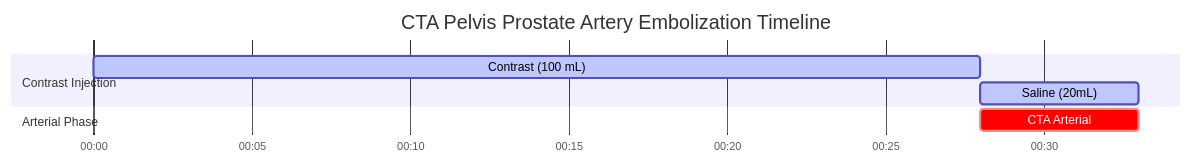
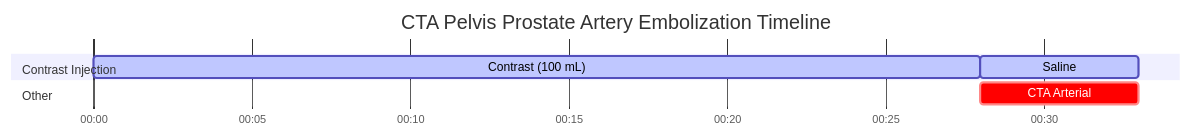
One commit to dfergs93/radiology-protocols changed the diagram in docs/ct/vascular/cta-pelvis-prostate-artery-embolization.md. Above: the diagram before and after it, drawn with Mermaid. The commit also changed other lines of this file and 101 other files, not shown here.

````diff
--- a/docs/ct/vascular/cta-pelvis-prostate-artery-embolization.md
+++ b/docs/ct/vascular/cta-pelvis-prostate-artery-embolization.md
@@ -82,16 +83,18 @@
   ```mermaid
   ---
+  displayMode: compact
   config:
     theme: default
+    themeCSS: " #Saline{ fill: #4ed5ff; stroke: #2094f3; } "
   ---
     gantt
       title CTA Pelvis Prostate Artery Embolization Timeline
       dateFormat mm:ss
       axisFormat %M:%S 
       
       section Contrast Injection
       Contrast (100 mL)    :active, contrast, 00:00, 28s
-      Saline (20mL)          :active, saline, after contrast, 5s
-      section Arterial Phase
+      Saline          :active, saline, after contrast, 5s
+      section Other
       CTA Arterial    :crit, scan1, after contrast, 5s
   ```
````
